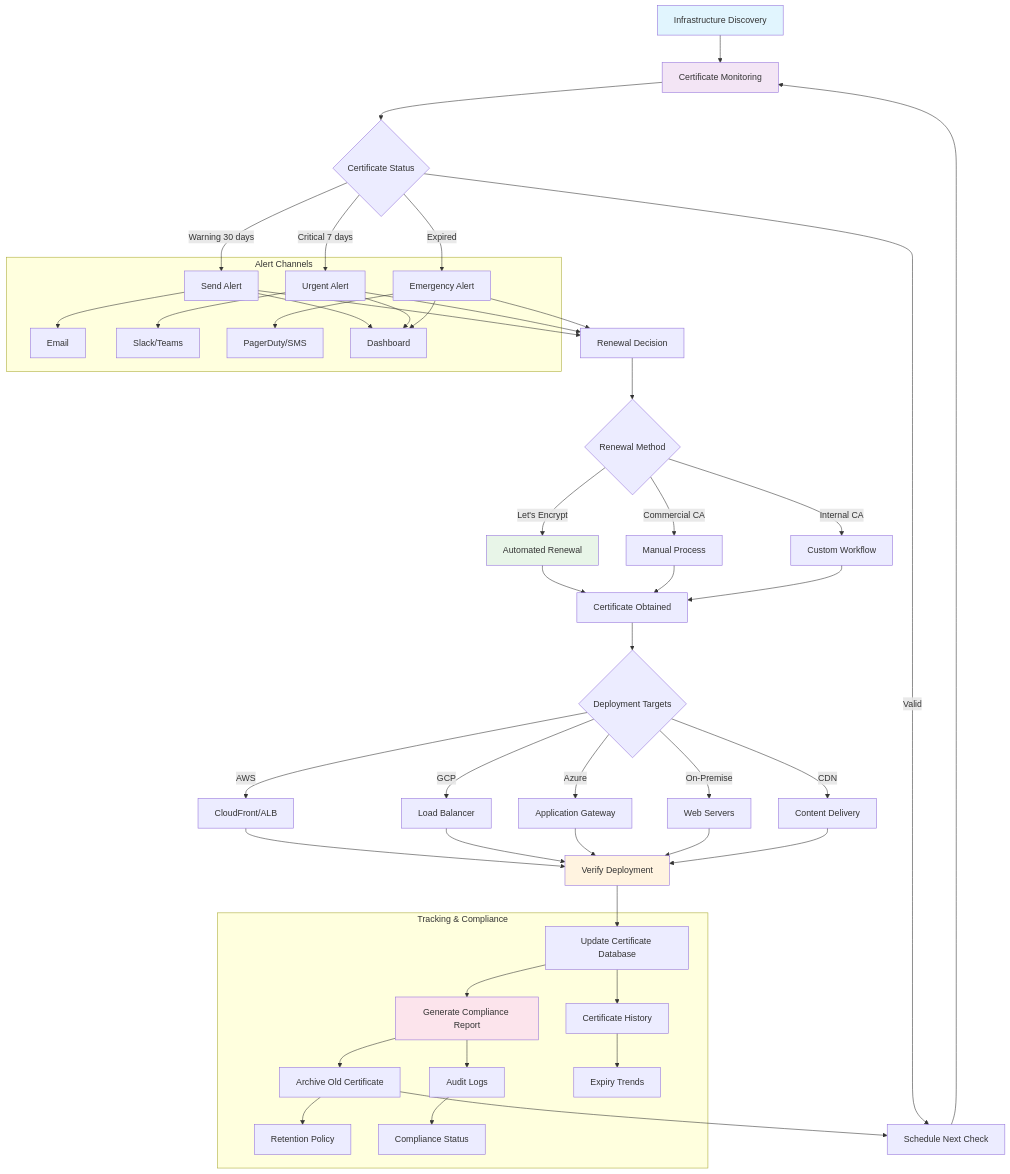
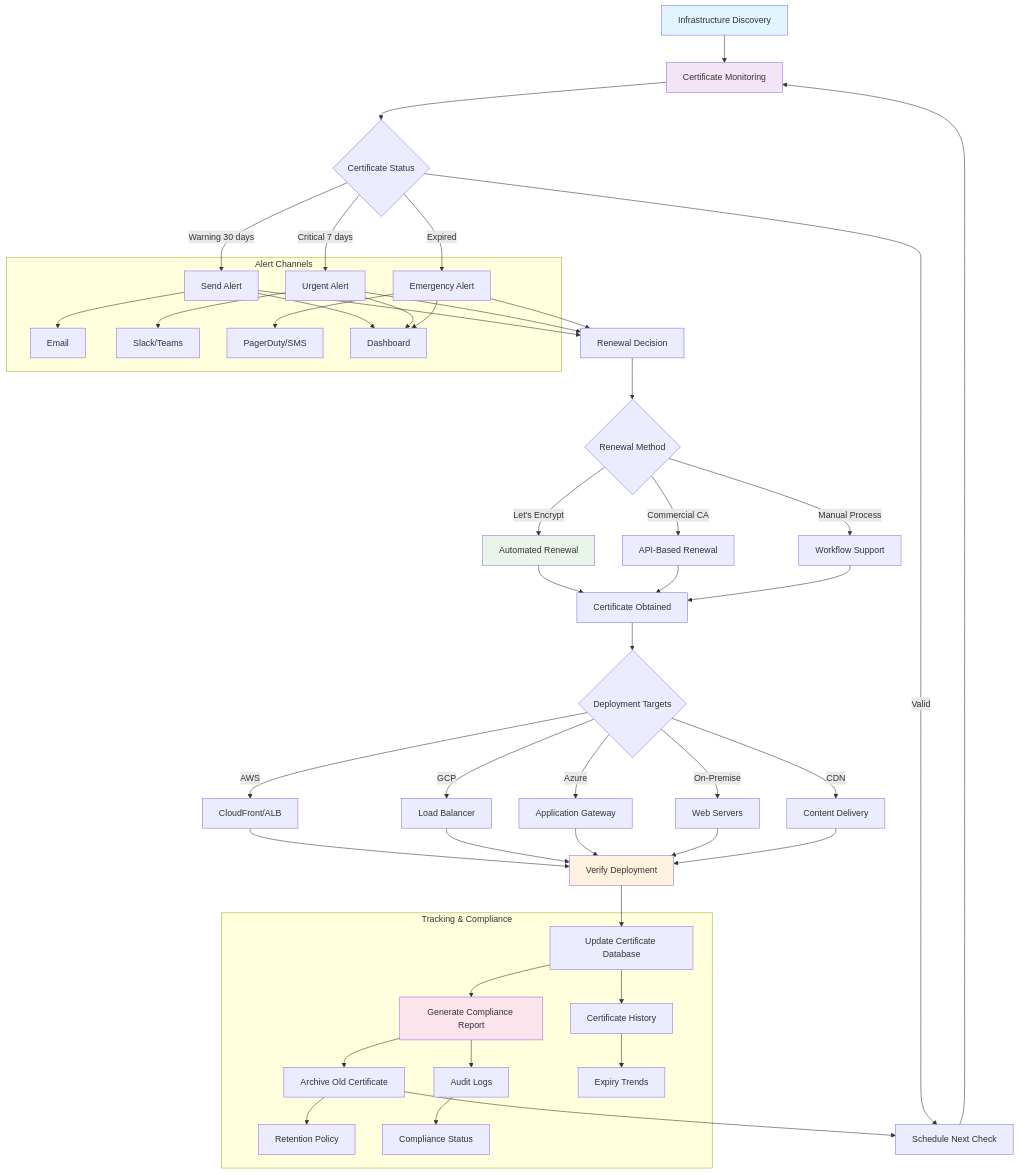
The diagram in README.md (GiovaniDeJesus/cert_manager-pro), drawn with Mermaid before and after one commit. The commit also changed other lines of this file and 2 other files, not shown here.

````diff
--- a/README.md
+++ b/README.md
@@ -18,66 +42,66 @@
-```mermaid 
+```mermaid
 graph TD
     A[Infrastructure Discovery] --> B[Certificate Monitoring]
     
     B --> C{Certificate Status}
     C -->|Valid| D[Schedule Next Check]
     C -->|Warning 30 days| E[Send Alert]
     C -->|Critical 7 days| F[Urgent Alert]
     C -->|Expired| G[Emergency Alert]
     
     E --> H[Renewal Decision]
     F --> H
     G --> H
     
     H --> I{Renewal Method}
     I -->|Let's Encrypt| J[Automated Renewal]
-    I -->|Commercial CA| K[Manual Process]
-    I -->|Internal CA| L[Custom Workflow]
+    I -->|Commercial CA| K[API-Based Renewal]
+    I -->|Manual Process| L[Workflow Support]
     
     J --> M[Certificate Obtained]
     K --> M
     L --> M
     
     M --> N{Deployment Targets}
     N -->|AWS| O[CloudFront/ALB]
     N -->|GCP| P[Load Balancer]
     N -->|Azure| Q[Application Gateway]
     N -->|On-Premise| R[Web Servers]
     N -->|CDN| S[Content Delivery]
     
     O --> T[Verify Deployment]
     P --> T
     Q --> T
     R --> T
     S --> T
     
     T --> U[Update Certificate Database]
     U --> V[Generate Compliance Report]
     V --> W[Archive Old Certificate]
     W --> D
     
     D --> B
     
     subgraph "Alert Channels"
         E --> E1[Email]
         F --> F1[Slack/Teams]
         G --> G1[PagerDuty/SMS]
         E --> E2[Dashboard]
         F --> E2
         G --> E2
     end
     
     subgraph "Tracking & Compliance"
         U --> U1[Certificate History]
         V --> V1[Audit Logs]
         W --> W1[Retention Policy]
         U1 --> U2[Expiry Trends]
         V1 --> V2[Compliance Status]
     end
     
     style A fill:#e1f5fe
     style B fill:#f3e5f5
     style J fill:#e8f5e8
     style T fill:#fff3e0
     style V fill:#fce4ec
 ```
````
